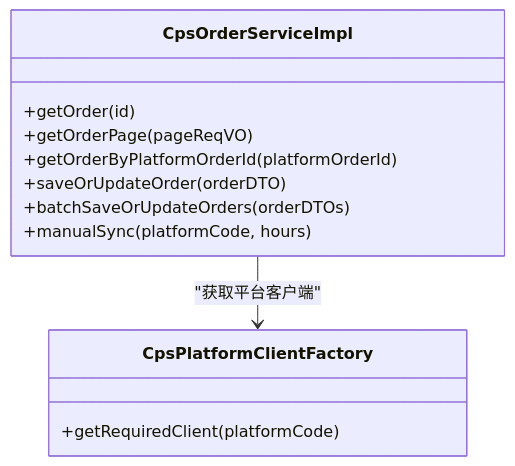
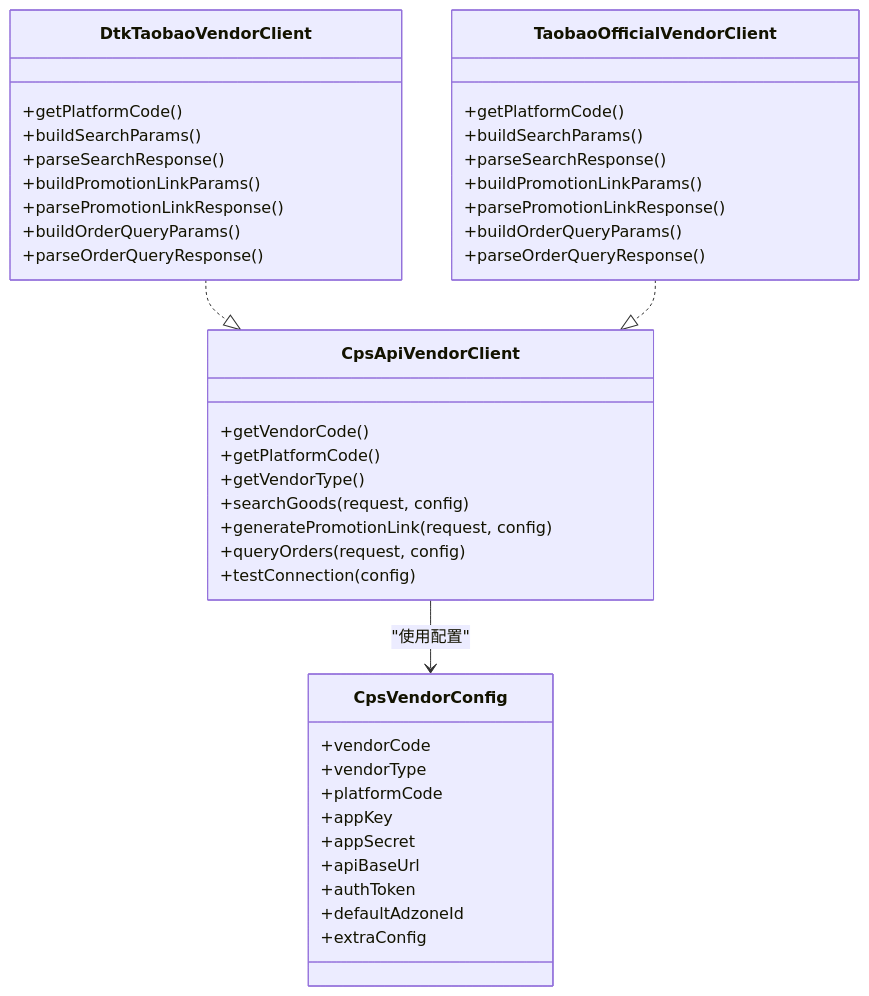
One commit to zhuangpengLI/AgenticCPS changed the eighth of 11 diagrams in .qoder/repowiki/zh/content/后端服务架构/业务模块概览/CPS业务模块/CPS业务概述.md. Above: the diagram before and after it, drawn with Mermaid. The commit also changed other lines of this file and 9 other files, not shown here.

````diff
--- a/.qoder/repowiki/zh/content/后端服务架构/业务模块概览/CPS业务模块/CPS业务概述.md
+++ b/.qoder/repowiki/zh/content/后端服务架构/业务模块概览/CPS业务模块/CPS业务概述.md
@@ -292,15 +344,44 @@
 ```mermaid
 classDiagram
-class CpsOrderServiceImpl {
-+getOrder(id)
-+getOrderPage(pageReqVO)
-+getOrderByPlatformOrderId(platformOrderId)
-+saveOrUpdateOrder(orderDTO)
-+batchSaveOrUpdateOrders(orderDTOs)
-+manualSync(platformCode, hours)
+class CpsApiVendorClient {
++getVendorCode()
++getPlatformCode()
++getVendorType()
++searchGoods(request, config)
++generatePromotionLink(request, config)
++queryOrders(request, config)
++testConnection(config)
 }
-class CpsPlatformClientFactory {
-+getRequiredClient(platformCode)
+class CpsVendorConfig {
++vendorCode
++vendorType
++platformCode
++appKey
++appSecret
++apiBaseUrl
++authToken
++defaultAdzoneId
++extraConfig
 }
-CpsOrderServiceImpl --> CpsPlatformClientFactory : "获取平台客户端"
+class DtkTaobaoVendorClient {
++getPlatformCode()
++buildSearchParams()
++parseSearchResponse()
++buildPromotionLinkParams()
++parsePromotionLinkResponse()
++buildOrderQueryParams()
++parseOrderQueryResponse()
+}
+class TaobaoOfficialVendorClient {
++getPlatformCode()
++buildSearchParams()
++parseSearchResponse()
++buildPromotionLinkParams()
++parsePromotionLinkResponse()
++buildOrderQueryParams()
++parseOrderQueryResponse()
+}
+CpsApiVendorClient --> CpsVendorConfig : "使用配置"
+DtkTaobaoVendorClient ..|> CpsApiVendorClient
+TaobaoOfficialVendorClient ..|> CpsApiVendorClient
 ```
````
